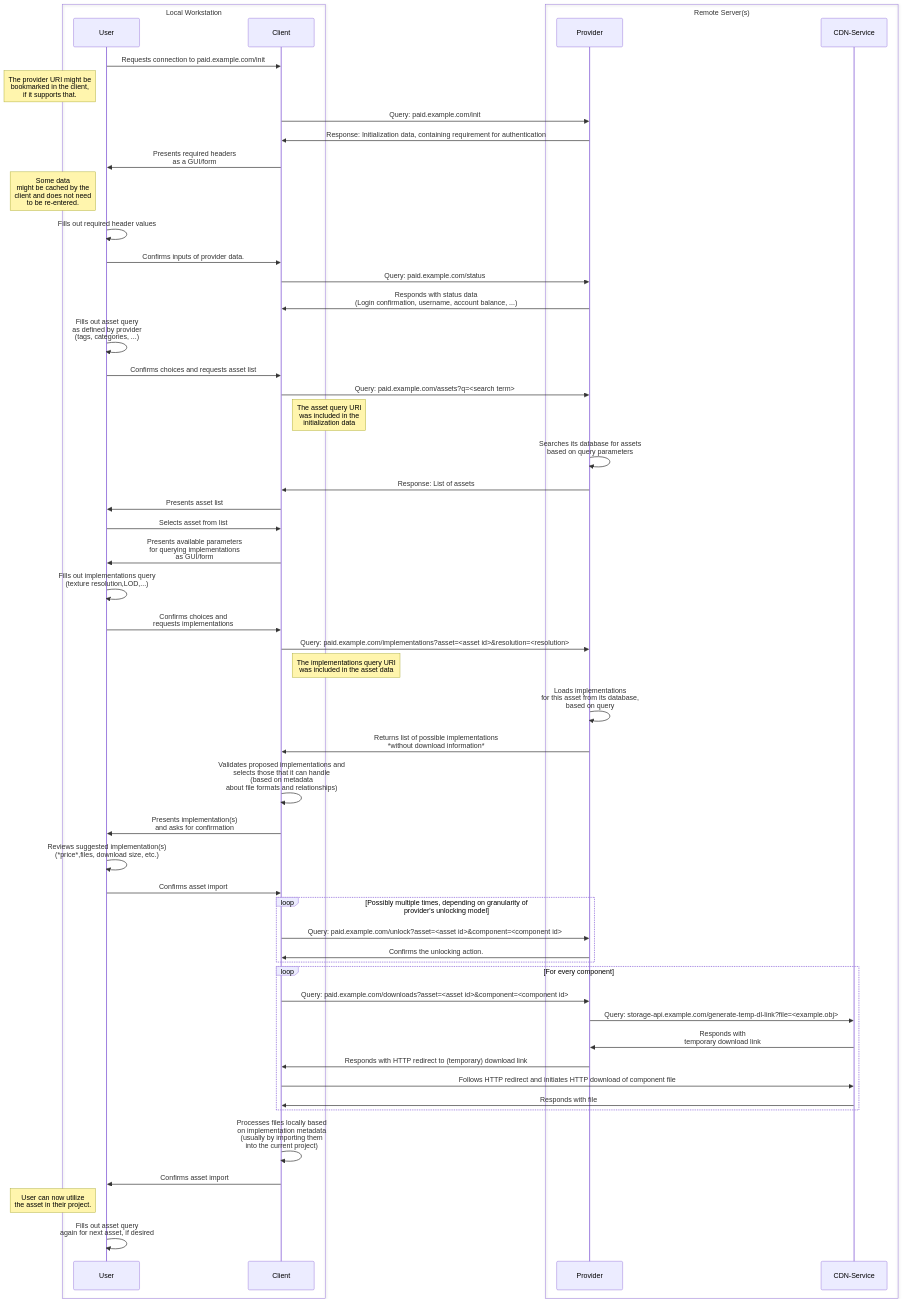
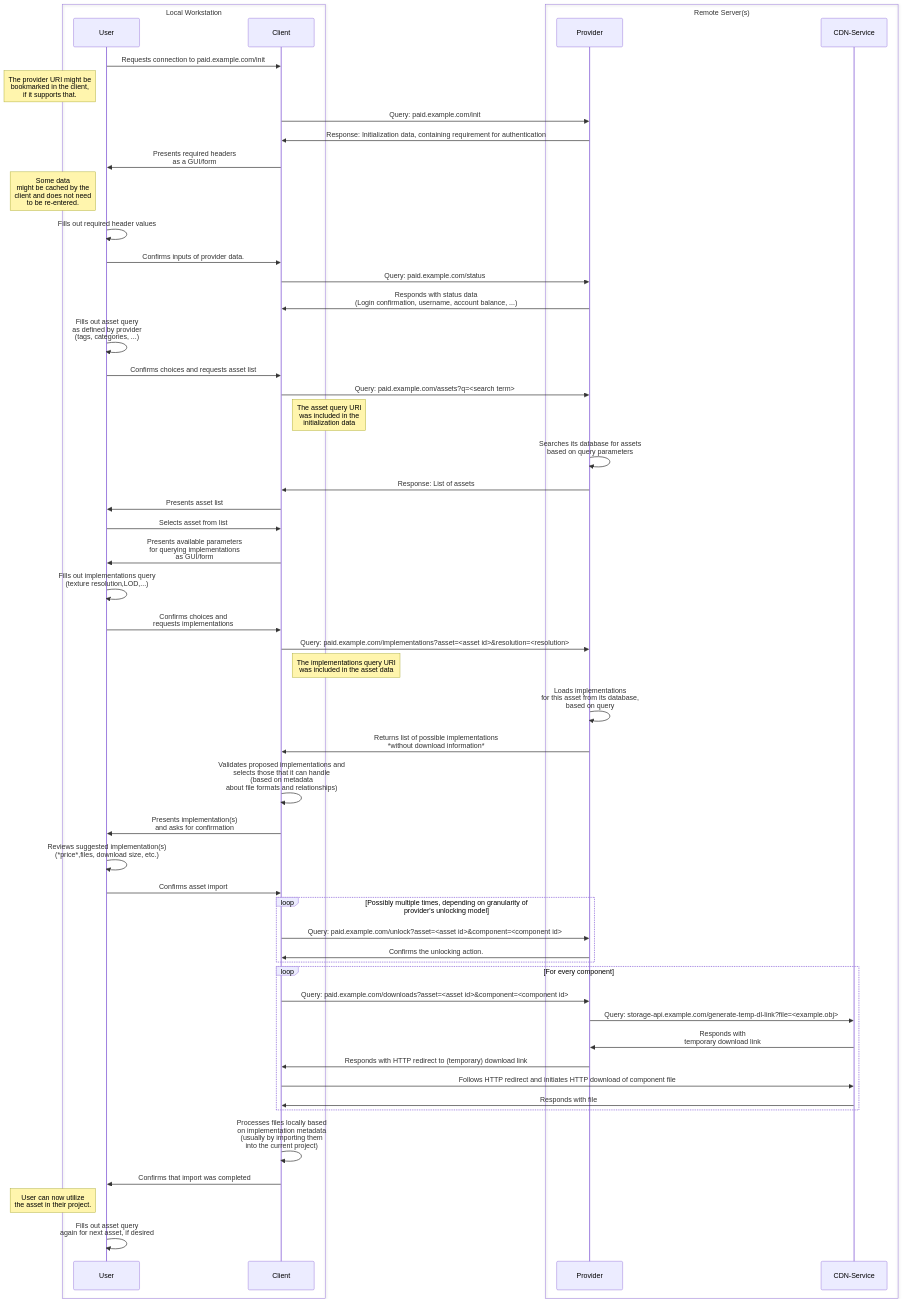
One commit to AssetFetch/spec changed the second of 2 diagrams in spec.md. Above: the diagram before and after it, drawn with Mermaid. The commit also changed other lines of this file, not shown here.

````diff
--- a/spec.md
+++ b/spec.md
@@ -339,64 +340,64 @@
 ```mermaid
 sequenceDiagram
 
 	box Local Workstation
 		participant User
 		participant Client
 	end
 	box Remote Server(s)
 		participant Provider
 		participant CDN-Service
 	end
 
     User->>Client: Requests connection to paid.example.com/init
 	note left of User: The provider URI might be<br>bookmarked in the client,<br>if it supports that.
     Client->>Provider: Query: paid.example.com/init
 	Provider->>Client: Response: Initialization data, containing requirement for authentication
 	Client->>User: Presents required headers<br>as a GUI/form
 	note left of User: Some data <br>might be cached by the<br> client and does not need<br>to be re-entered. 
 	User->>User: Fills out required header values
 	User->>Client: Confirms inputs of provider data.
 
 	Client->>Provider: Query: paid.example.com/status
 	Provider->>Client: Responds with status data<br>(Login confirmation, username, account balance, ...)
 
 	User->>User: Fills out asset query<br>as defined by provider<br>(tags, categories, ...)
 	User->>Client: Confirms choices and requests asset list
 	Client->>Provider: Query: paid.example.com/assets?q=<search term>
 	note right of Client: The asset query URI<br>was included in the<br>initialization data
 	Provider->>Provider: Searches its database for assets<br>based on query parameters
 	Provider->>Client: Response: List of assets
 	Client->>User: Presents asset list
 	User->>Client: Selects asset from list
 
 	Client->>User: Presents available parameters<br>for querying implementations<br>as GUI/form
 	User->>User: Fills out implementations query<br>(texture resolution,LOD,...)
 	User->>Client: Confirms choices and<br>requests implementations
 	Client->>Provider: Query: paid.example.com/implementations?asset=<asset id>&resolution=<resolution>
 	note right of Client: The implementations query URI<br>was included in the asset data
 	Provider->>Provider: Loads implementations<br>for this asset from its database,<br>based on query
 	Provider->>Client: Returns list of possible implementations<br>*without download information*
 	Client->>Client: Validates proposed implementations and<br>selects those that it can handle<br>(based on metadata<br> about file formats and relationships)
 	Client->>User: Presents implementation(s)<br>and asks for confirmation
 	User->>User: Reviews suggested implementation(s)<br>(*price*,files, download size, etc.)
 	User->>Client: Confirms asset import
 
 	loop Possibly multiple times, depending on granularity of <br>provider's unlocking model
 		Client->>Provider: Query: paid.example.com/unlock?asset=<asset id>&component=<component id>
 		Provider->>Client: Confirms the unlocking action.
 	end
 
 	loop For every component
 		Client->>Provider: Query: paid.example.com/downloads?asset=<asset id>&component=<component id>
 		Provider->> CDN-Service: Query: storage-api.example.com/generate-temp-dl-link?file=<example.obj>
 		CDN-Service->>Provider: Responds with<br>temporary download link
 		Provider->>Client: Responds with HTTP redirect to (temporary) download link
 		Client->>CDN-Service: Follows HTTP redirect and initiates HTTP download of component file
 		CDN-Service->>Client: Responds with file
 	end
 
 	Client->>Client: Processes files locally based<br>on implementation metadata<br>(usually by importing them<br>into the current project)
-	Client->>User: Confirms asset import
+	Client->>User: Confirms that import was completed
 	note left of User: User can now utilize<br>the asset in their project.
 	User->>User: Fills out asset query<br>again for next asset, if desired
 ```
````
